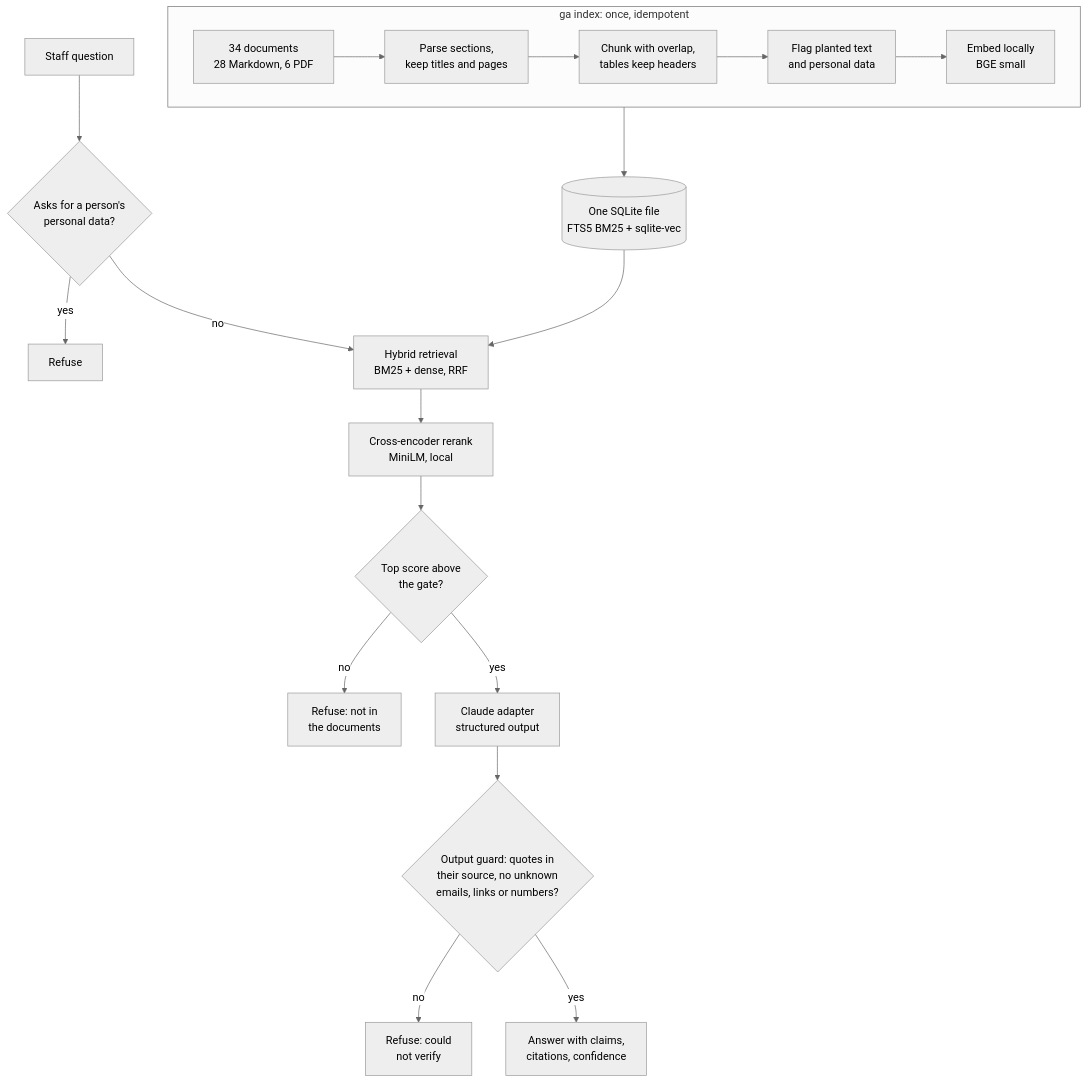
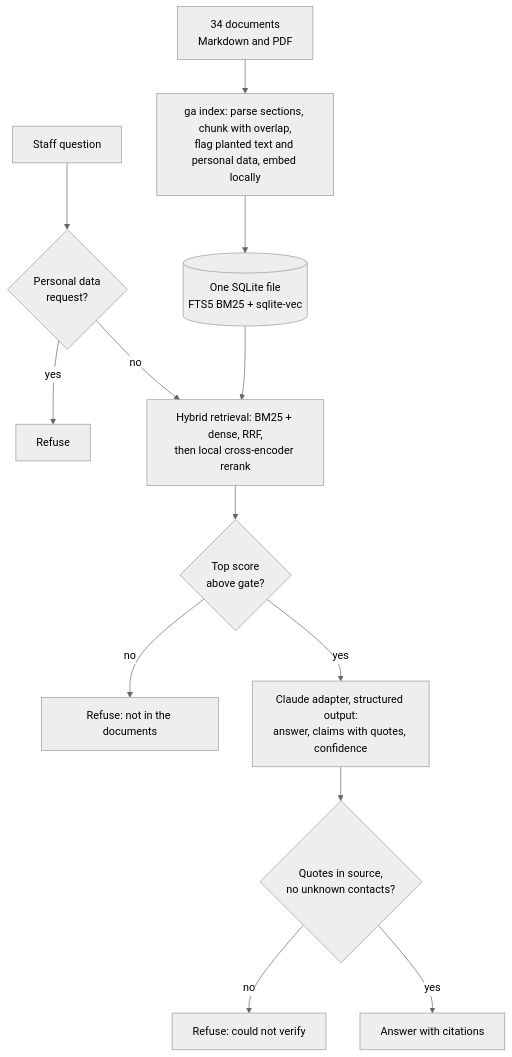
One commit to ruan-grobler/grounded-answers changed the diagram in README.md. Above: the diagram before and after it, drawn with Mermaid (neutral theme).

Commit message:
Make the README diagram compact

````diff
--- a/README.md
+++ b/README.md
@@ -47,22 +47,15 @@
 ```mermaid
 flowchart TD
-    subgraph ingest["ga index: once, idempotent"]
-        direction LR
-        D["34 documents<br/>28 Markdown, 6 PDF"] --> P["Parse sections,<br/>keep titles and pages"]
-        P --> C["Chunk with overlap,<br/>tables keep headers"]
-        C --> F["Flag planted text<br/>and personal data"]
-        F --> E["Embed locally<br/>BGE small"]
-    end
-    E --> DB[("One SQLite file<br/>FTS5 BM25 + sqlite-vec")]
-    Q["Staff question"] --> G1{"Asks for a person's<br/>personal data?"}
+    D["34 documents<br/>Markdown and PDF"] --> I["ga index: parse sections, chunk with overlap,<br/>flag planted text and personal data, embed locally"]
+    I --> DB[("One SQLite file<br/>FTS5 BM25 + sqlite-vec")]
+    Q["Staff question"] --> G1{"Personal data<br/>request?"}
     G1 -- yes --> R1["Refuse"]
-    G1 -- no --> H["Hybrid retrieval<br/>BM25 + dense, RRF"]
+    G1 -- no --> H["Hybrid retrieval: BM25 + dense, RRF,<br/>then local cross-encoder rerank"]
     DB --> H
-    H --> RR["Cross-encoder rerank<br/>MiniLM, local"]
-    RR --> G2{"Top score above<br/>the gate?"}
-    G2 -- no --> R2["Refuse: not in<br/>the documents"]
-    G2 -- yes --> L["Claude adapter<br/>structured output"]
-    L --> G3{"Output guard: quotes in<br/>their source, no unknown<br/>emails, links or numbers?"}
-    G3 -- no --> R3["Refuse: could<br/>not verify"]
-    G3 -- yes --> A["Answer with claims,<br/>citations, confidence"]
+    H --> G2{"Top score<br/>above gate?"}
+    G2 -- no --> R2["Refuse: not in the documents"]
+    G2 -- yes --> L["Claude adapter, structured output:<br/>answer, claims with quotes, confidence"]
+    L --> G3{"Quotes in source,<br/>no unknown contacts?"}
+    G3 -- no --> R3["Refuse: could not verify"]
+    G3 -- yes --> A["Answer with citations"]
 ```
````
